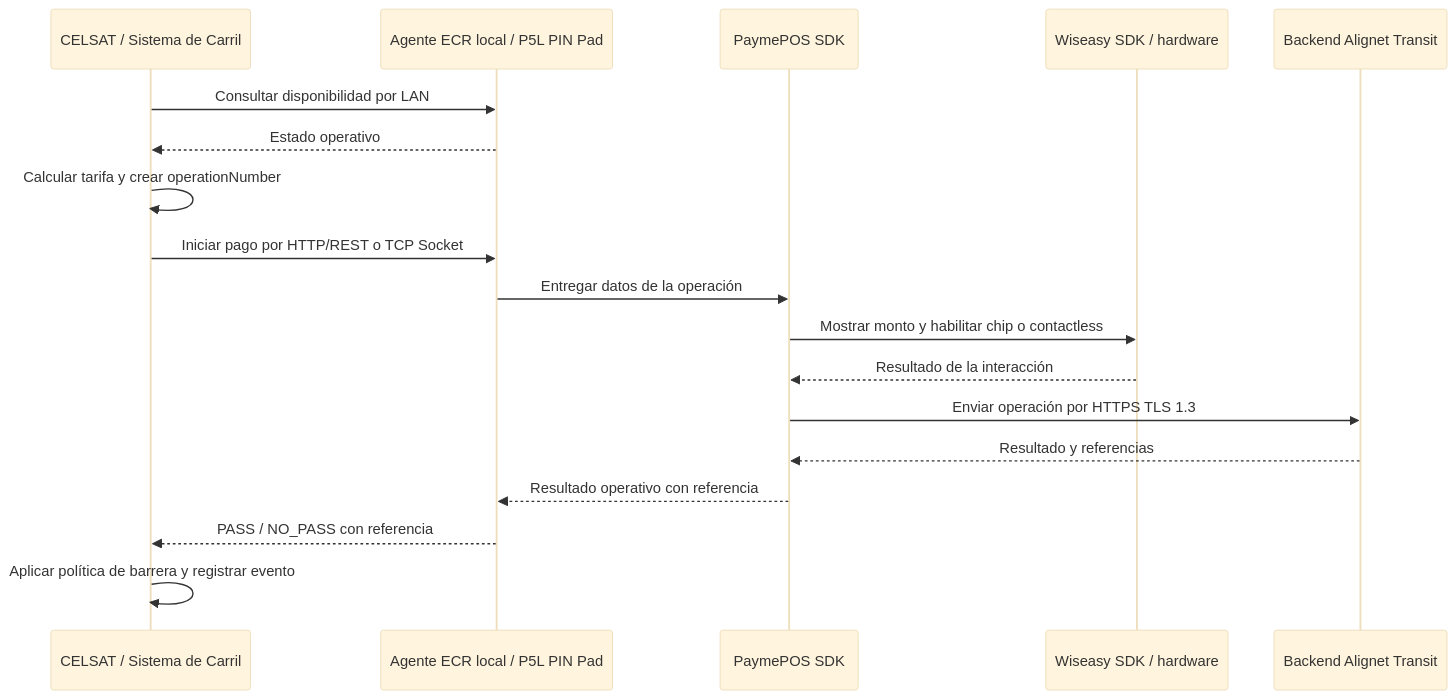
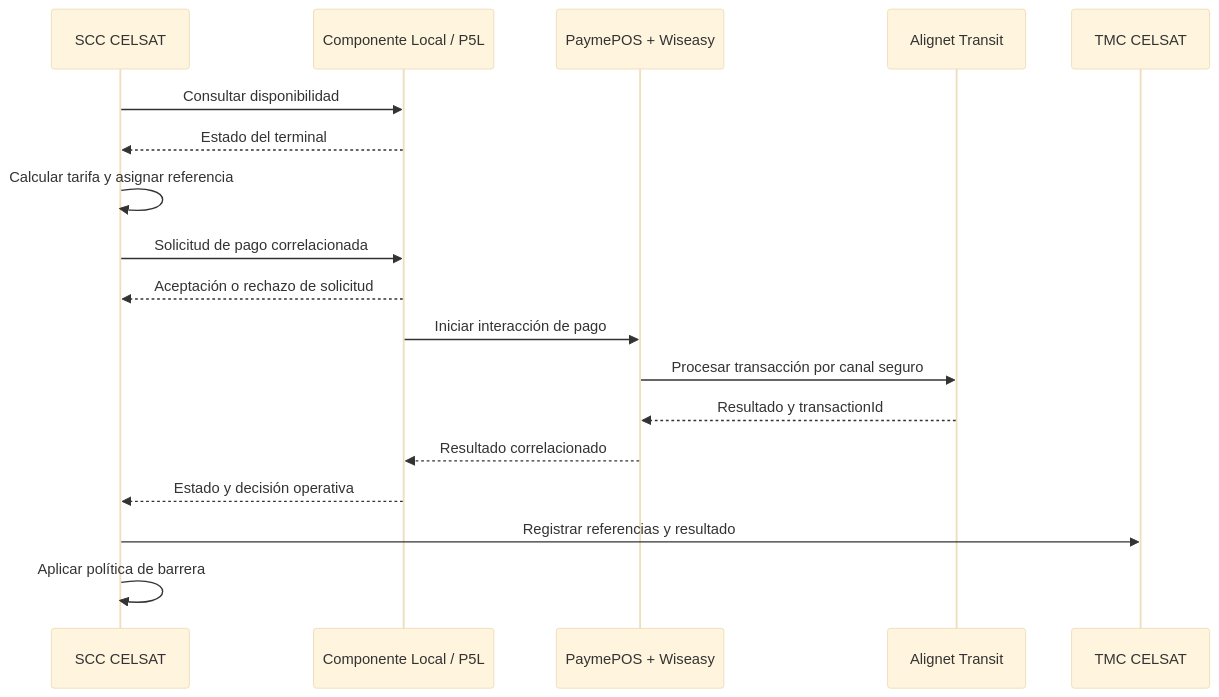
One commit to alignet-docs/alignet-developers changed the first of 2 diagrams in procesamiento-fisico/alignet-transit/operacion-y-recuperacion.mdx. Above: the diagram before and after it, drawn with Mermaid (base theme). The commit also changed other lines of this file and 13 other files, not shown here.

Commit message:
docs(transit): orientar integración CELSAT e incluir QR interoperable

````diff
--- a/procesamiento-fisico/alignet-transit/operacion-y-recuperacion.mdx
+++ b/procesamiento-fisico/alignet-transit/operacion-y-recuperacion.mdx
@@ -11,21 +9,21 @@
 ```mermaid
 sequenceDiagram
-    participant SCC as CELSAT / Sistema de Carril
-    participant ECR as Agente ECR local / P5L PIN Pad
-    participant SDK as PaymePOS SDK
-    participant HW as Wiseasy SDK / hardware
-    participant ALI as Backend Alignet Transit
+    participant SCC as SCC CELSAT
+    participant LOCAL as Componente Local / P5L
+    participant PAY as PaymePOS + Wiseasy
+    participant TRANSIT as Alignet Transit
+    participant TMC as TMC CELSAT
 
-    SCC->>ECR: Consultar disponibilidad por LAN
-    ECR-->>SCC: Estado operativo
-    SCC->>SCC: Calcular tarifa y crear operationNumber
-    SCC->>ECR: Iniciar pago por HTTP/REST o TCP Socket
-    ECR->>SDK: Entregar datos de la operación
-    SDK->>HW: Mostrar monto y habilitar chip o contactless
-    HW-->>SDK: Resultado de la interacción
-    SDK->>ALI: Enviar operación por HTTPS TLS 1.3
-    ALI-->>SDK: Resultado y referencias
-    SDK-->>ECR: Resultado operativo con referencia
-    ECR-->>SCC: PASS / NO_PASS con referencia
-    SCC->>SCC: Aplicar política de barrera y registrar evento
+    SCC->>LOCAL: Consultar disponibilidad
+    LOCAL-->>SCC: Estado del terminal
+    SCC->>SCC: Calcular tarifa y asignar referencia
+    SCC->>LOCAL: Solicitud de pago correlacionada
+    LOCAL-->>SCC: Aceptación o rechazo de solicitud
+    LOCAL->>PAY: Iniciar interacción de pago
+    PAY->>TRANSIT: Procesar transacción por canal seguro
+    TRANSIT-->>PAY: Resultado y transactionId
+    PAY-->>LOCAL: Resultado correlacionado
+    LOCAL-->>SCC: Estado y decisión operativa
+    SCC->>TMC: Registrar referencias y resultado
+    SCC->>SCC: Aplicar política de barrera
 ```
````
